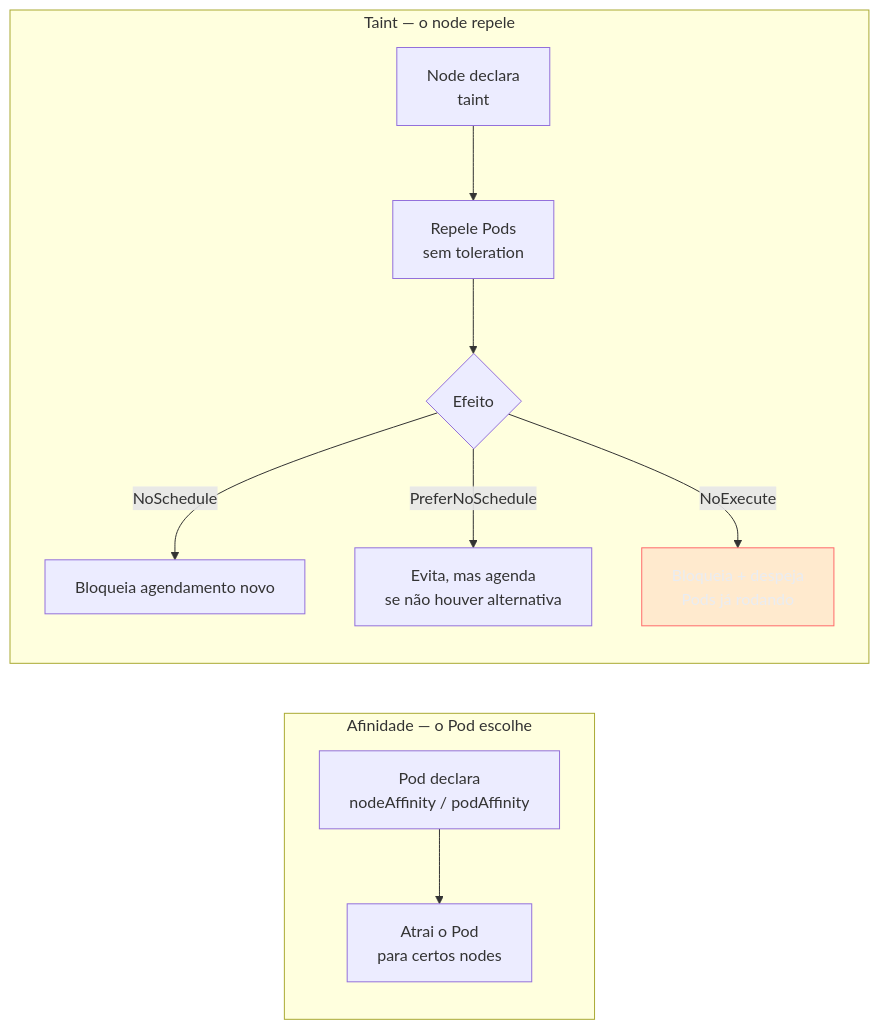
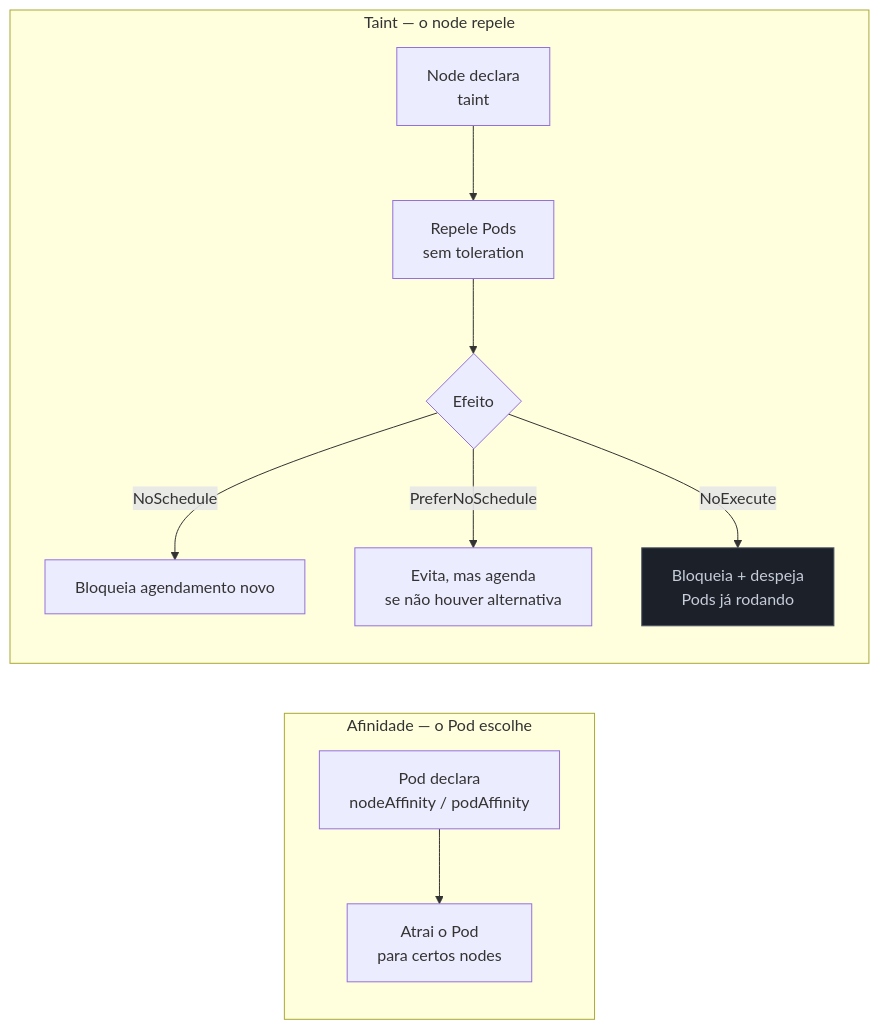
One commit to josenaldo/codex-technomanticus changed the second of 3 diagrams in 03-Dominios/Tecnologia/Infraestrutura/Kubernetes/12 - Scheduling.md. Above: the diagram before and after it, drawn with Mermaid. The commit also changed other lines of this file and 601 other files, not shown here.

````diff
--- a/03-Dominios/Tecnologia/Infraestrutura/Kubernetes/12 - Scheduling.md
+++ b/03-Dominios/Tecnologia/Infraestrutura/Kubernetes/12 - Scheduling.md
@@ -235,15 +235,15 @@
 ```mermaid
 graph LR
-    classDef falha fill:#FF6B6B24,stroke:#FF6B6B,color:#E9ECF2
+    classDef neutro fill:#1B2029,stroke:#4E5666,color:#C6CCD8
     subgraph "Afinidade — o Pod escolhe"
         A1["Pod declara<br/>nodeAffinity / podAffinity"] --> A2["Atrai o Pod<br/>para certos nodes"]
     end
     subgraph "Taint — o node repele"
         T1["Node declara<br/>taint"] --> T2["Repele Pods<br/>sem toleration"]
         T2 --> T3{"Efeito"}
         T3 -->|"NoSchedule"| T4["Bloqueia agendamento novo"]
         T3 -->|"PreferNoSchedule"| T5["Evita, mas agenda<br/>se não houver alternativa"]
         T3 -->|"NoExecute"| T6["Bloqueia + despeja<br/>Pods já rodando"]
     end
-    class T6 falha
+    class T6 neutro
 ```
````
